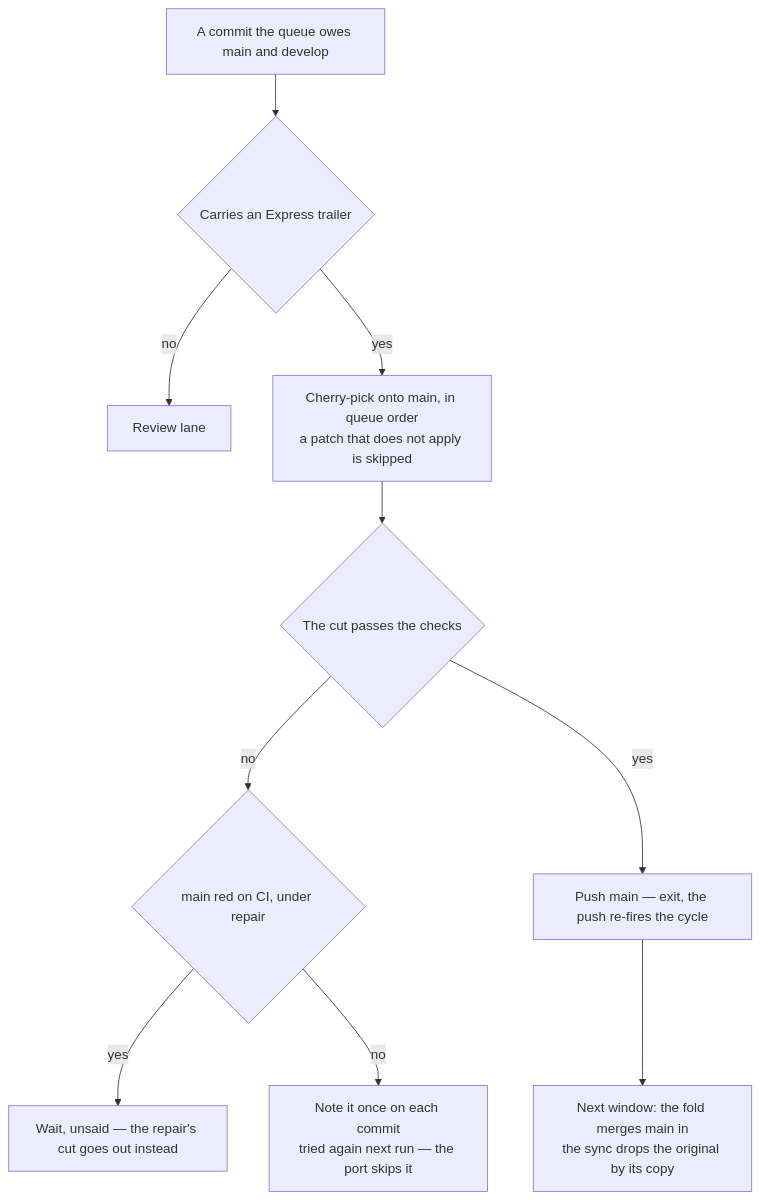
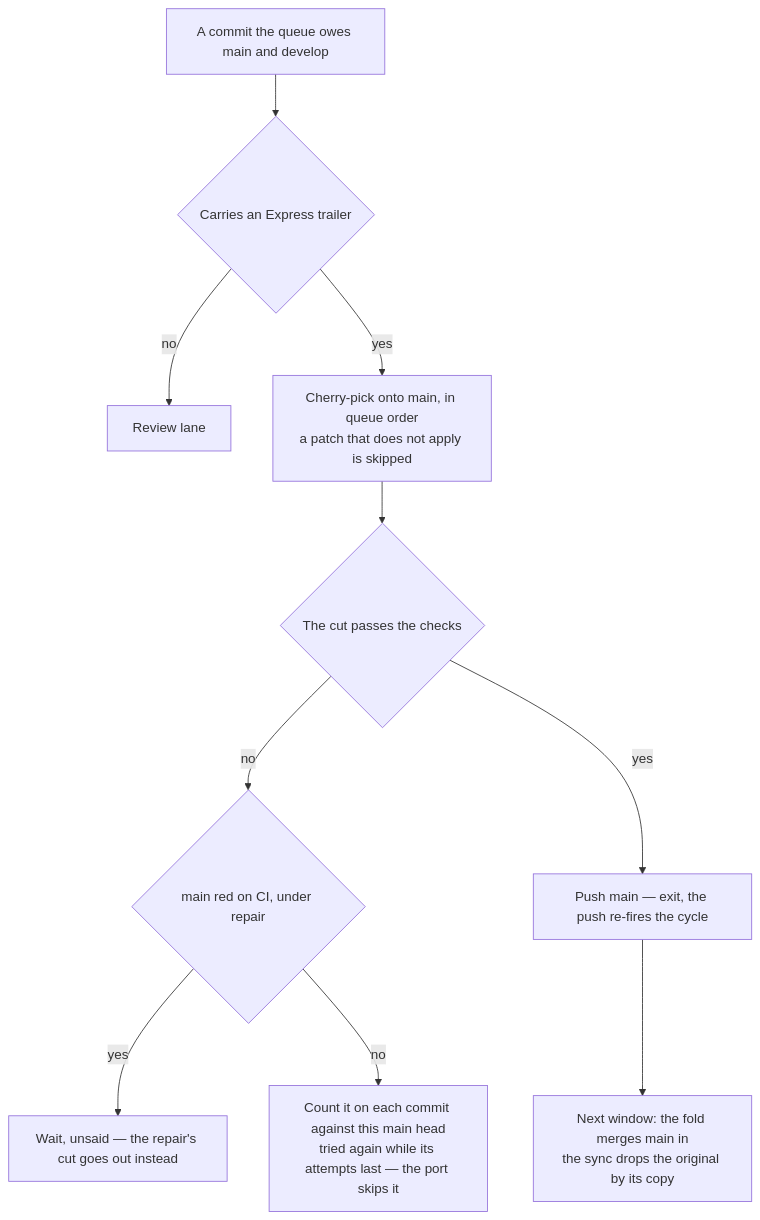
The diagram in apps/web/content/docs/infra/review-collector/express-lane.md (Esposter/Esposter), drawn with Mermaid before and after one commit. The commit also changed other lines of this file and 36 other files, not shown here.

````diff
--- a/apps/web/content/docs/infra/review-collector/express-lane.md
+++ b/apps/web/content/docs/infra/review-collector/express-lane.md
@@ -19,12 +19,12 @@
 ```mermaid
 flowchart TD
   C[A commit the queue owes main and develop] --> T{Carries an Express trailer}
   T -->|no| RV[Review lane]
   T -->|yes| EX[Cherry-pick onto main, in queue order<br/>a patch that does not apply is skipped]
   EX --> V{The cut passes the checks}
   V -->|no| MR{main red on CI, under repair}
   MR -->|yes| W[Wait, unsaid — the repair's cut goes out instead]
-  MR -->|no| RD[Note it once on each commit<br/>tried again next run — the port skips it]
+  MR -->|no| RD[Count it on each commit against this main head<br/>tried again while its attempts last — the port skips it]
   V -->|yes| PU[Push main — exit, the push re-fires the cycle]
   PU --> FO[Next window: the fold merges main in<br/>the sync drops the original by its copy]
 ```
````
